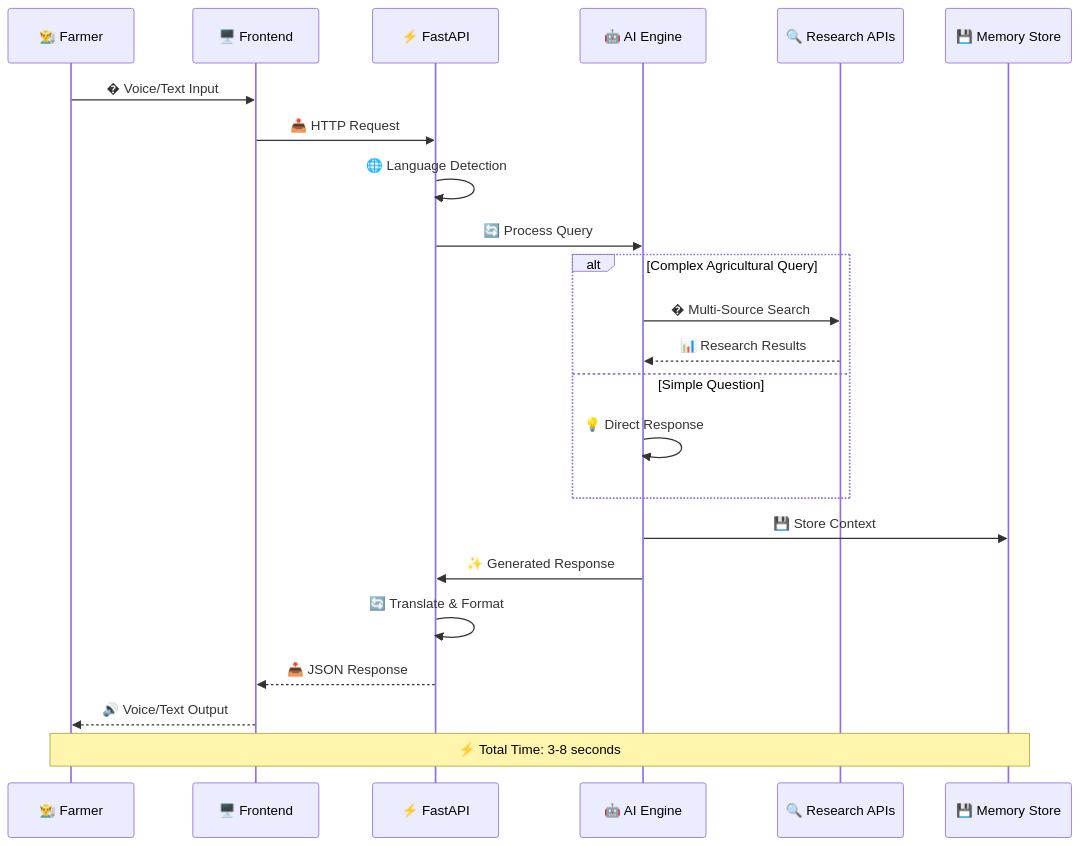
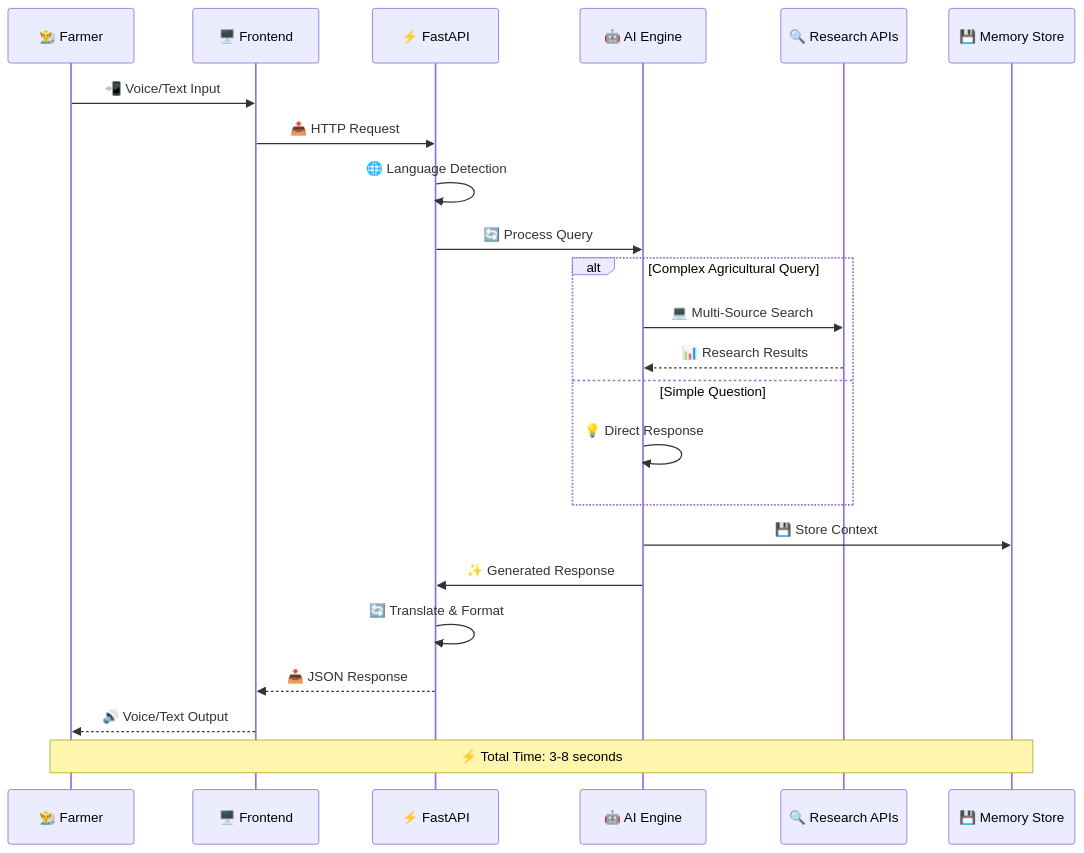
Before and after one commit to Rafi-uzzaman/RootSource: the third of 4 diagrams in README.md, drawn with Mermaid. The commit also changed other lines of this file, not shown here.

````diff
--- a/README.md
+++ b/README.md
@@ -374,29 +374,29 @@
 ```mermaid
 sequenceDiagram
     participant F as 👨‍🌾 Farmer
     participant UI as 🖥️ Frontend
     participant API as ⚡ FastAPI
     participant AI as 🤖 AI Engine
     participant R as 🔍 Research APIs
     participant DB as 💾 Memory Store
     
-    F->>UI: �️ Voice/Text Input
+    F->>UI: 📲 Voice/Text Input
     UI->>API: 📤 HTTP Request
     API->>API: 🌐 Language Detection
     API->>AI: 🔄 Process Query
     
     alt Complex Agricultural Query
-        AI->>R: � Multi-Source Search
+        AI->>R: 💻 Multi-Source Search
         R-->>AI: 📊 Research Results
     else Simple Question
         AI->>AI: 💡 Direct Response
     end
     
     AI->>DB: 💾 Store Context
     AI->>API: ✨ Generated Response
     API->>API: 🔄 Translate & Format
     API-->>UI: 📥 JSON Response
     UI-->>F: 🔊 Voice/Text Output
     
     Note over F,DB: ⚡ Total Time: 3-8 seconds
 ```
````
